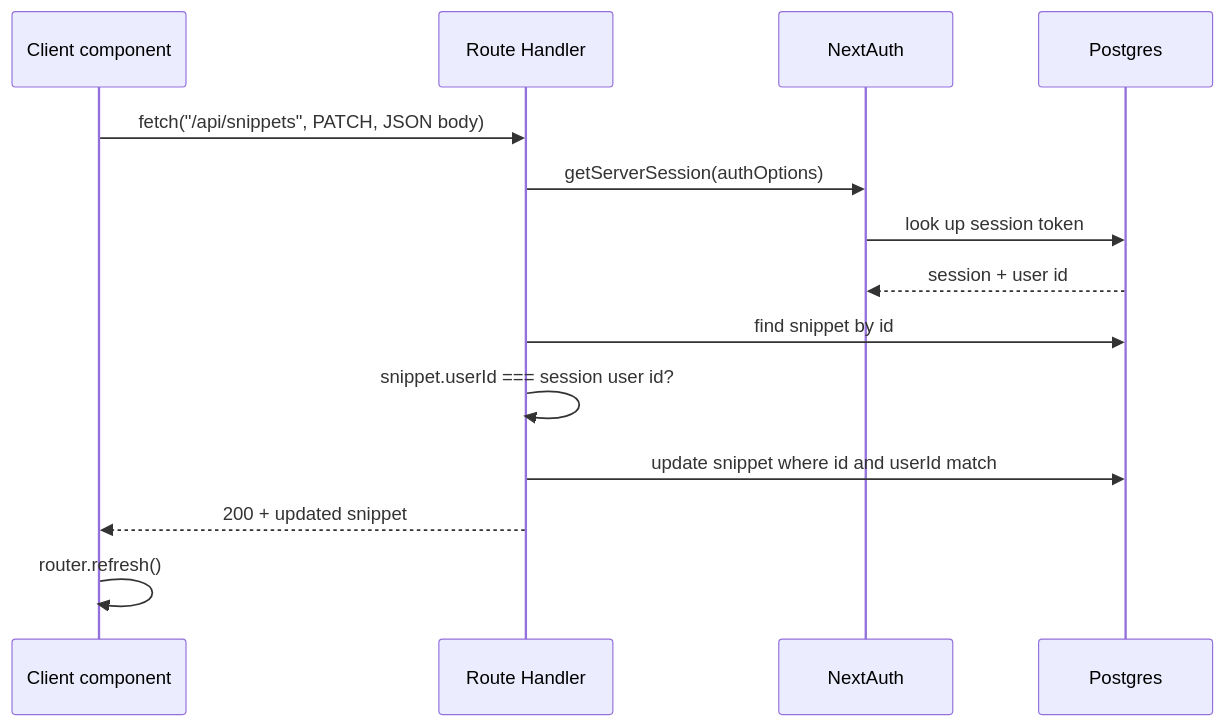
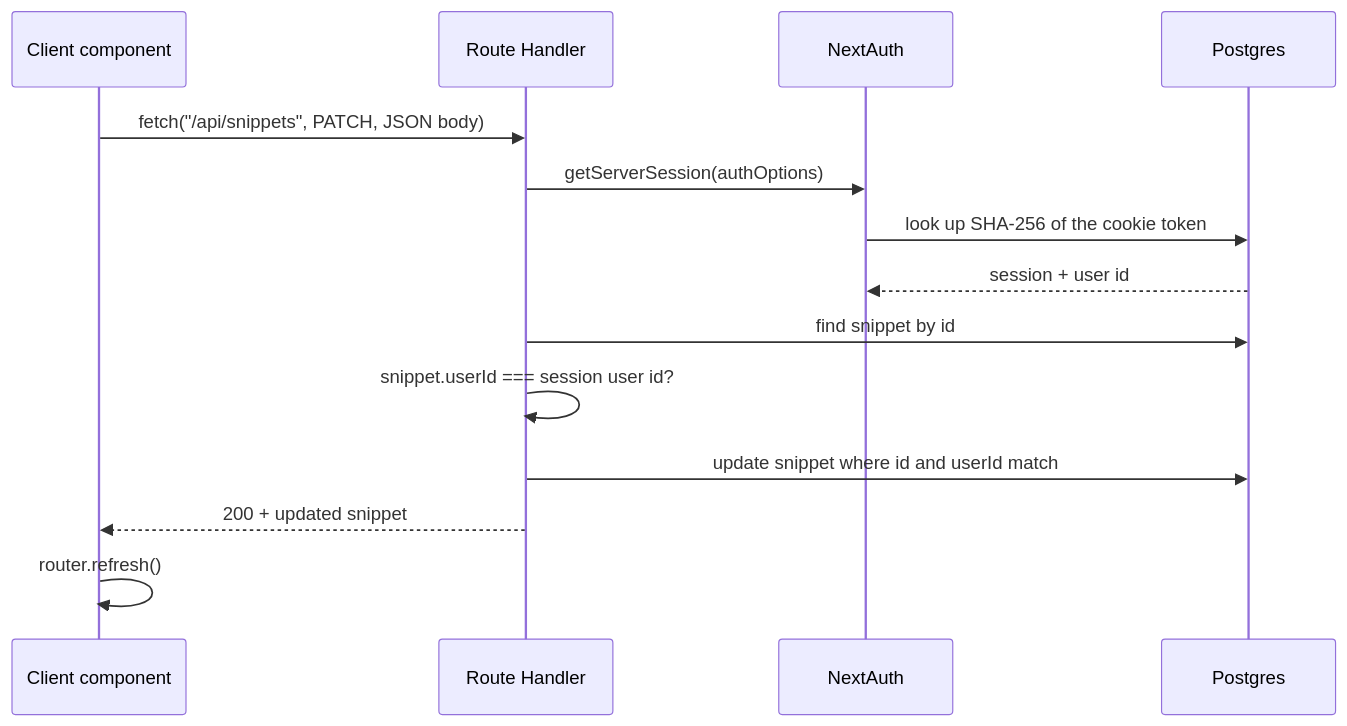
Before and after one commit to RyanDanielWalker/snippr: the second of 4 diagrams in docs/ARCHITECTURE.md, drawn with Mermaid. The commit also changed other lines of this file and 3 other files, not shown here.

First line of the commit message:
docs: record session token hashing in ADR 0061

````diff
--- a/docs/ARCHITECTURE.md
+++ b/docs/ARCHITECTURE.md
@@ -68,17 +68,17 @@
 ```mermaid
 sequenceDiagram
     participant UI as Client component
     participant RH as Route Handler
     participant NA as NextAuth
     participant DB as Postgres
 
     UI->>RH: fetch("/api/snippets", PATCH, JSON body)
     RH->>NA: getServerSession(authOptions)
-    NA->>DB: look up session token
+    NA->>DB: look up SHA-256 of the cookie token
     DB-->>NA: session + user id
     RH->>DB: find snippet by id
     RH->>RH: snippet.userId === session user id?
     RH->>DB: update snippet where id and userId match
     RH-->>UI: 200 + updated snippet
     UI->>UI: router.refresh()
 ```
````
